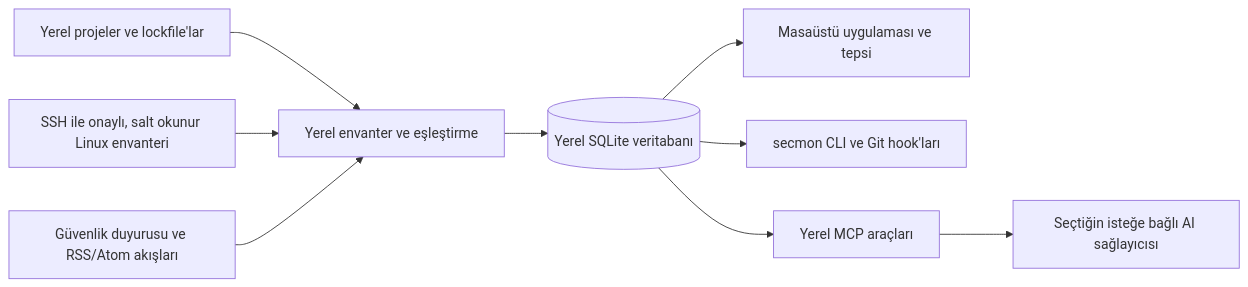
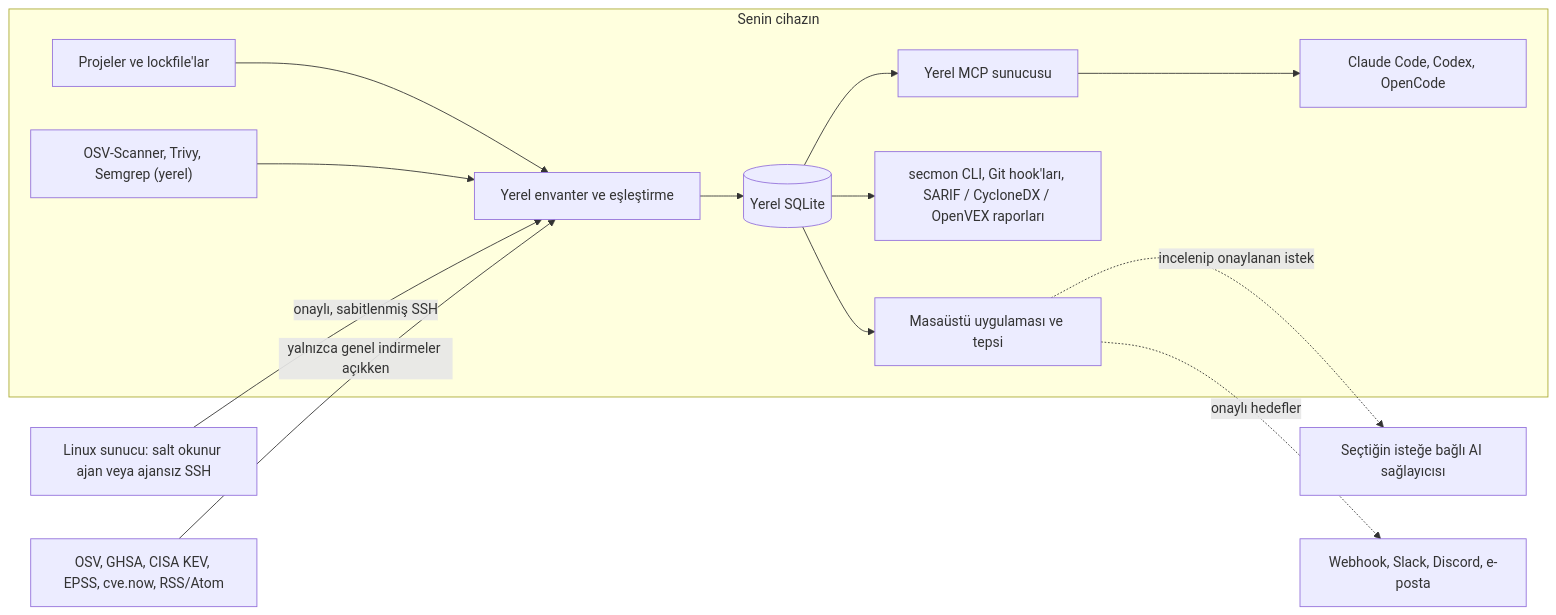
The diagram in README.tr.md (umitaltinozzz/security-monitor), drawn with Mermaid before and after one commit. The commit also changed 1 other file, not shown here.

Commit message:
docs(readme): show full data flow in how-it-works diagram

````diff
--- a/README.tr.md
+++ b/README.tr.md
@@ -55,11 +55,16 @@
 ```mermaid
 flowchart LR
-  Repo[Yerel projeler ve lockfile'lar] --> Local[Yerel envanter ve eşleştirme]
-  Host[SSH ile onaylı, salt okunur Linux envanteri] --> Local
-  Feeds[Güvenlik duyurusu ve RSS/Atom akışları] --> Local
-  Local --> Store[(Yerel SQLite veritabanı)]
-  Store --> Desktop[Masaüstü uygulaması ve tepsi]
-  Store --> CLI[secmon CLI ve Git hook'ları]
-  Store --> MCP[Yerel MCP araçları]
-  MCP --> AI[Seçtiğin isteğe bağlı AI sağlayıcısı]
+  subgraph Device["Senin cihazın"]
+    Repo["Projeler ve lockfile'lar"] --> Engine["Yerel envanter ve eşleştirme"]
+    Scanners["OSV-Scanner, Trivy, Semgrep (yerel)"] --> Engine
+    Engine --> Store[("Yerel SQLite")]
+    Store --> Desktop["Masaüstü uygulaması ve tepsi"]
+    Store --> CLI["secmon CLI, Git hook'ları, SARIF / CycloneDX / OpenVEX raporları"]
+    Store --> MCP["Yerel MCP sunucusu"]
+    MCP --> Agents["Claude Code, Codex, OpenCode"]
+  end
+  Server["Linux sunucu: salt okunur ajan veya ajansız SSH"] -- "onaylı, sabitlenmiş SSH" --> Engine
+  Feeds["OSV, GHSA, CISA KEV, EPSS, cve.now, RSS/Atom"] -- "yalnızca genel indirmeler açıkken" --> Engine
+  Desktop -. "incelenip onaylanan istek" .-> AI["Seçtiğin isteğe bağlı AI sağlayıcısı"]
+  Desktop -. "onaylı hedefler" .-> Notify["Webhook, Slack, Discord, e-posta"]
 ```
````
